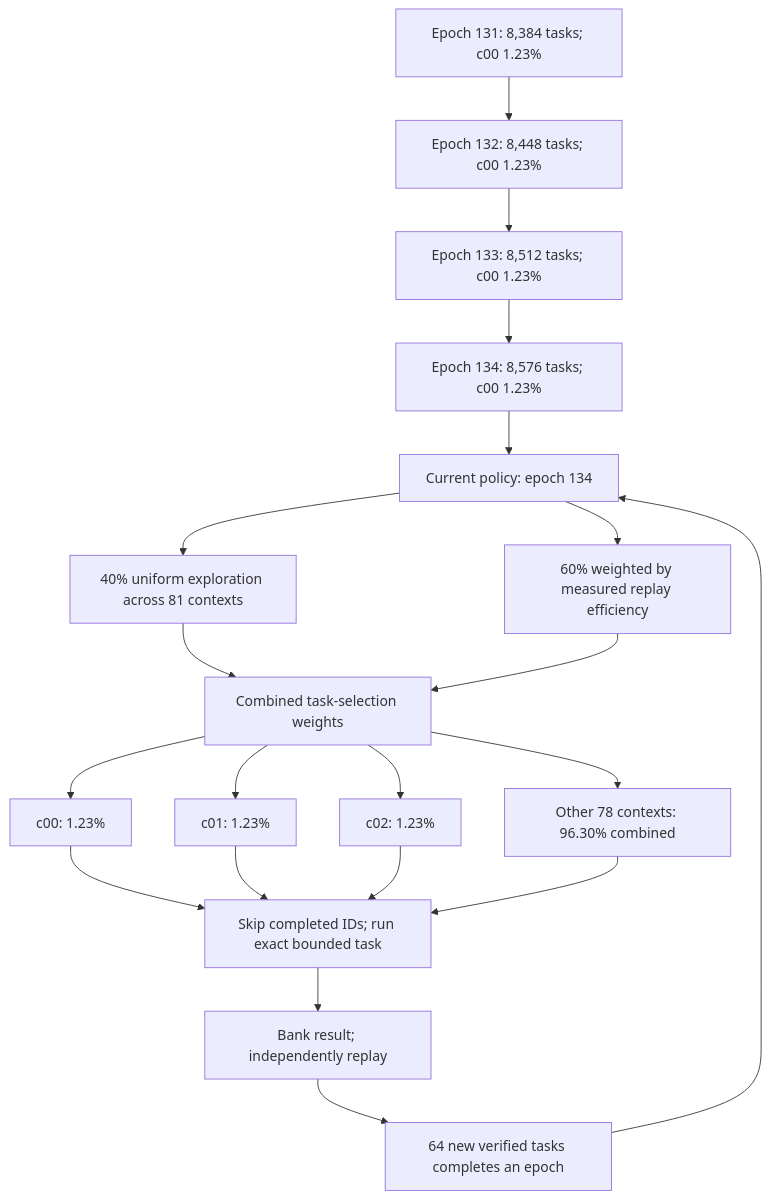
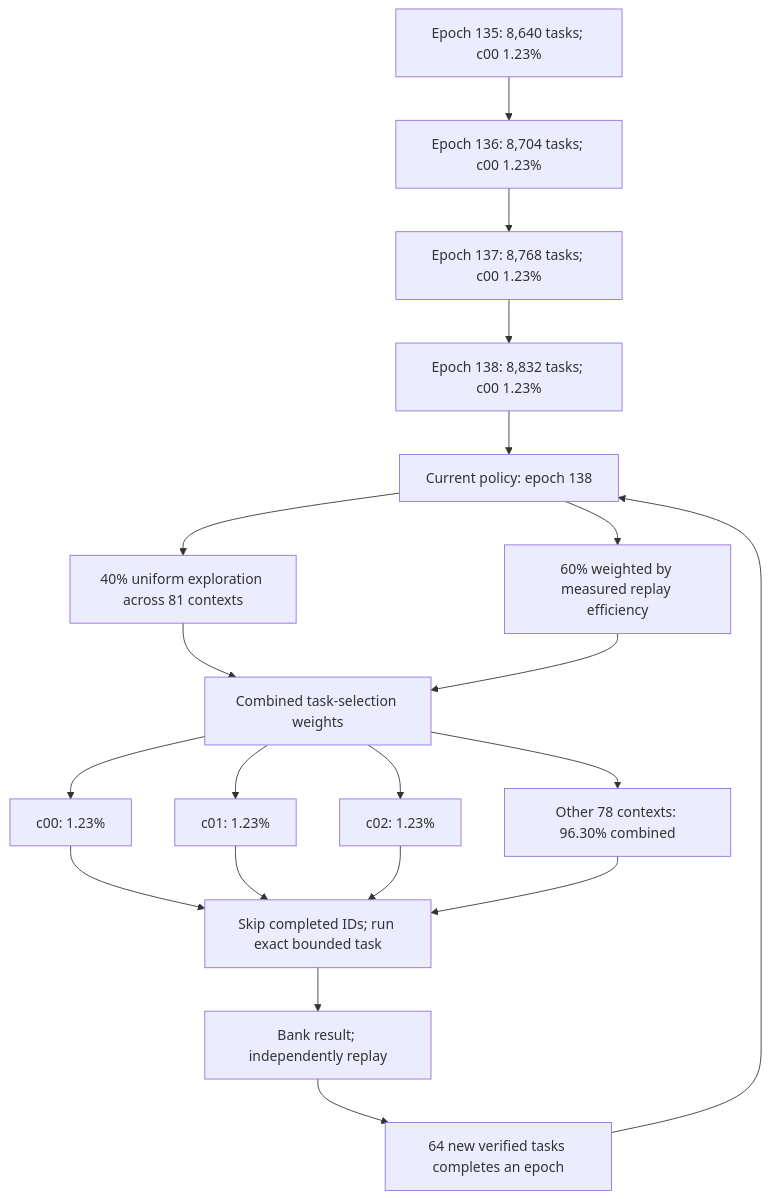
One commit to Kuberwastaken/math-gambling changed the diagram in README.md. Above: the diagram before and after it, drawn with Mermaid. The commit also changed other lines of this file and 595 other files, not shown here.

````diff
--- a/README.md
+++ b/README.md
@@ -48,27 +48,27 @@
 ```mermaid
 flowchart TD
-    H0["Epoch 131: 8,384 tasks; c00 1.23%"]
-    H1["Epoch 132: 8,448 tasks; c00 1.23%"]
+    H0["Epoch 135: 8,640 tasks; c00 1.23%"]
+    H1["Epoch 136: 8,704 tasks; c00 1.23%"]
     H0 --> H1
-    H2["Epoch 133: 8,512 tasks; c00 1.23%"]
+    H2["Epoch 137: 8,768 tasks; c00 1.23%"]
     H1 --> H2
-    H3["Epoch 134: 8,576 tasks; c00 1.23%"]
+    H3["Epoch 138: 8,832 tasks; c00 1.23%"]
     H2 --> H3
-    Policy["Current policy: epoch 134"]
+    Policy["Current policy: epoch 138"]
     H3 --> Policy
     Policy --> Explore["40% uniform exploration across 81 contexts"]
     Policy --> Cost["60% weighted by measured replay efficiency"]
     Explore --> Mix["Combined task-selection weights"]
     Cost --> Mix
     Mix --> C0["c00: 1.23%"]
     Mix --> C1["c01: 1.23%"]
     Mix --> C2["c02: 1.23%"]
     Mix --> Rest["Other 78 contexts: 96.30% combined"]
     C0 --> Check["Skip completed IDs; run exact bounded task"]
     C1 --> Check
     C2 --> Check
     Rest --> Check
     Check --> Replay["Bank result; independently replay"]
     Replay --> Gate["64 new verified tasks completes an epoch"]
     Gate --> Policy
 ```
````
